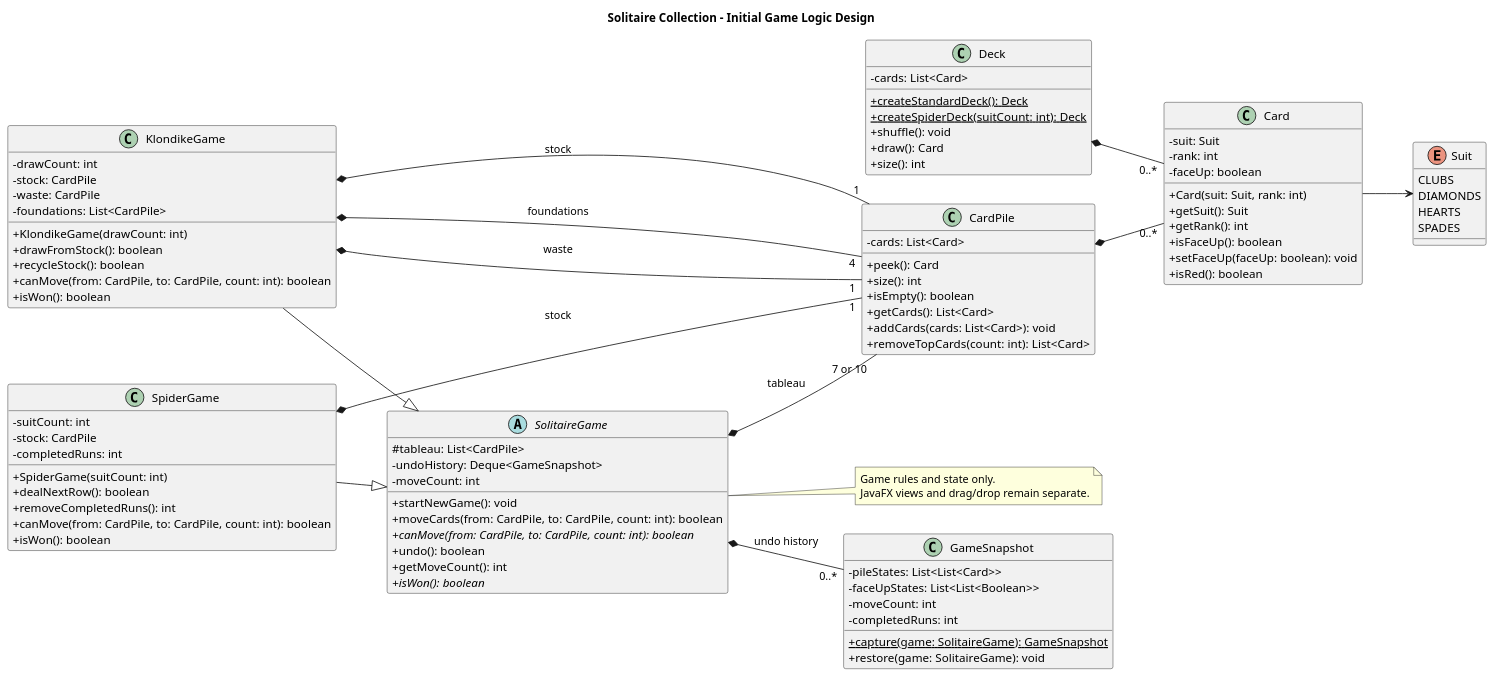
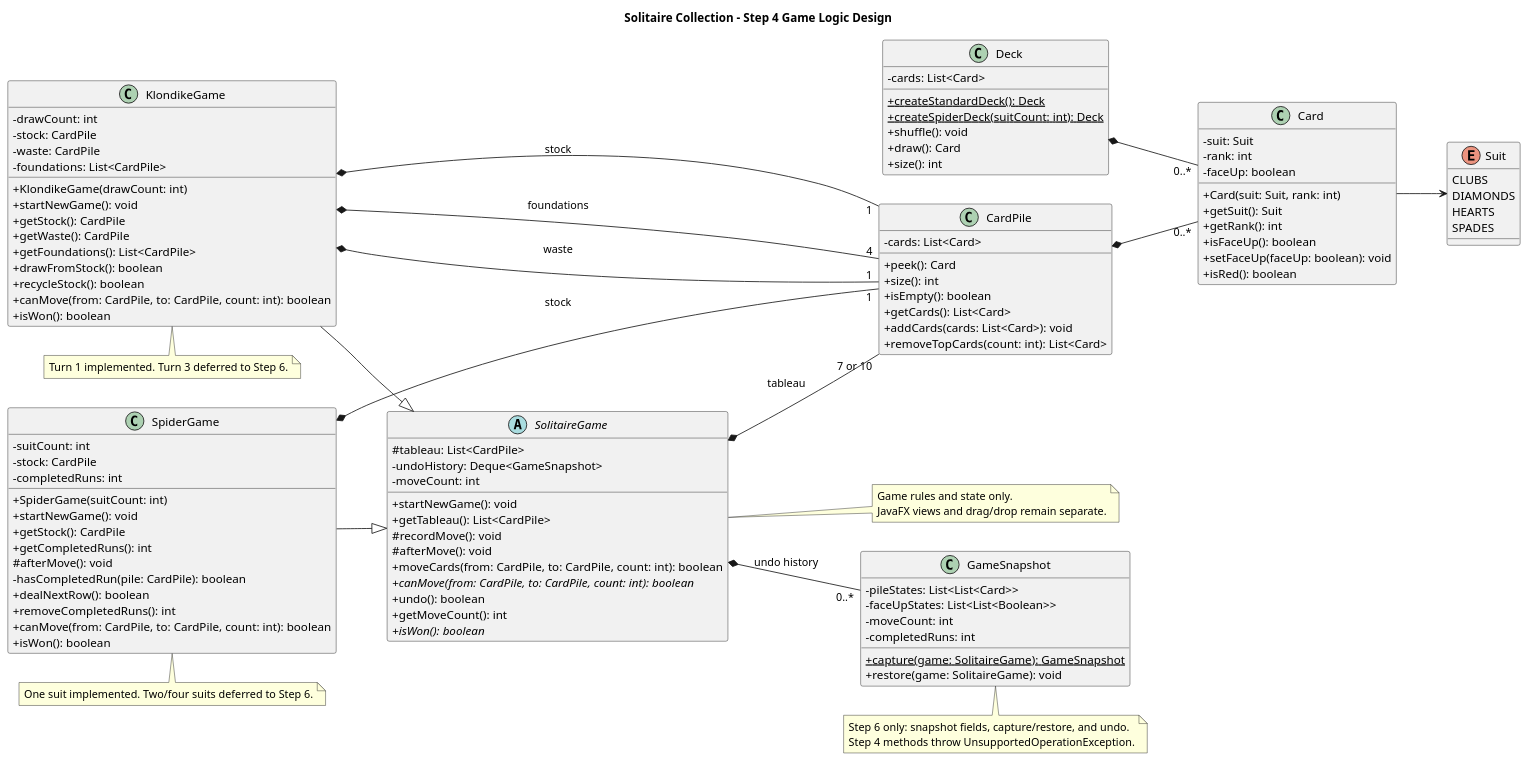
The diagram in docs/solitaire-collection.puml (jacobdelljr/solitaire-collection), drawn with PlantUML before and after one commit. The commit also changed 11 other files, not shown here.

First line of the commit message:
Implement core Solitaire game logic (Step 4)

```diff
--- a/docs/solitaire-collection.puml
+++ b/docs/solitaire-collection.puml
@@ -1,104 +1,126 @@
 @startuml
- title Solitaire Collection - Initial Game Logic Design
+ title Solitaire Collection - Step 4 Game Logic Design
  skinparam classAttributeIconSize 0
  skinparam shadowing false
  left to right direction
 
  enum Suit {
    CLUBS
    DIAMONDS
    HEARTS
    SPADES
  }
 
  class Card {
    - suit: Suit
    - rank: int
    - faceUp: boolean
    + Card(suit: Suit, rank: int)
    + getSuit(): Suit
    + getRank(): int
    + isFaceUp(): boolean
    + setFaceUp(faceUp: boolean): void
    + isRed(): boolean
  }
 
  class Deck {
    - cards: List<Card>
    + createStandardDeck(): Deck {static}
    + createSpiderDeck(suitCount: int): Deck {static}
    + shuffle(): void
    + draw(): Card
    + size(): int
  }
 
  class CardPile {
    - cards: List<Card>
    + peek(): Card
    + size(): int
    + isEmpty(): boolean
    + getCards(): List<Card>
    + addCards(cards: List<Card>): void
    + removeTopCards(count: int): List<Card>
  }
 
  abstract class SolitaireGame {
    # tableau: List<CardPile>
    - undoHistory: Deque<GameSnapshot>
    - moveCount: int
    + startNewGame(): void
+   + getTableau(): List<CardPile>
+   # recordMove(): void
+   # afterMove(): void
    + moveCards(from: CardPile, to: CardPile, count: int): boolean
    + canMove(from: CardPile, to: CardPile, count: int): boolean {abstract}
    + undo(): boolean
    + getMoveCount(): int
    + isWon(): boolean {abstract}
  }
 
  class KlondikeGame {
    - drawCount: int
    - stock: CardPile
    - waste: CardPile
    - foundations: List<CardPile>
    + KlondikeGame(drawCount: int)
+   + startNewGame(): void
+   + getStock(): CardPile
+   + getWaste(): CardPile
+   + getFoundations(): List<CardPile>
    + drawFromStock(): boolean
    + recycleStock(): boolean
    + canMove(from: CardPile, to: CardPile, count: int): boolean
    + isWon(): boolean
  }
 
  class SpiderGame {
    - suitCount: int
    - stock: CardPile
    - completedRuns: int
    + SpiderGame(suitCount: int)
+   + startNewGame(): void
+   + getStock(): CardPile
+   + getCompletedRuns(): int
+   # afterMove(): void
+   - hasCompletedRun(pile: CardPile): boolean
    + dealNextRow(): boolean
    + removeCompletedRuns(): int
    + canMove(from: CardPile, to: CardPile, count: int): boolean
    + isWon(): boolean
  }
 
  class GameSnapshot {
    - pileStates: List<List<Card>>
    - faceUpStates: List<List<Boolean>>
    - moveCount: int
    - completedRuns: int
    + capture(game: SolitaireGame): GameSnapshot {static}
    + restore(game: SolitaireGame): void
  }
 
  Card --> Suit
+ note bottom of GameSnapshot
+   Step 6 only: snapshot fields, capture/restore, and undo.
+   Step 4 methods throw UnsupportedOperationException.
+ end note
+ note bottom of KlondikeGame
+   Turn 1 implemented. Turn 3 deferred to Step 6.
+ end note
+ note bottom of SpiderGame
+   One suit implemented. Two/four suits deferred to Step 6.
+ end note
  Deck *-- "0..*" Card
  CardPile *-- "0..*" Card
  SolitaireGame *-- "7 or 10" CardPile : tableau
  SolitaireGame *-- "0..*" GameSnapshot : undo history
  KlondikeGame --|> SolitaireGame
  SpiderGame --|> SolitaireGame
  KlondikeGame *-- "1" CardPile : stock
  KlondikeGame *-- "1" CardPile : waste
  KlondikeGame *-- "4" CardPile : foundations
  SpiderGame *-- "1" CardPile : stock
  note right of SolitaireGame
    Game rules and state only.
    JavaFX views and drag/drop remain separate.
  end note
 @enduml
```
